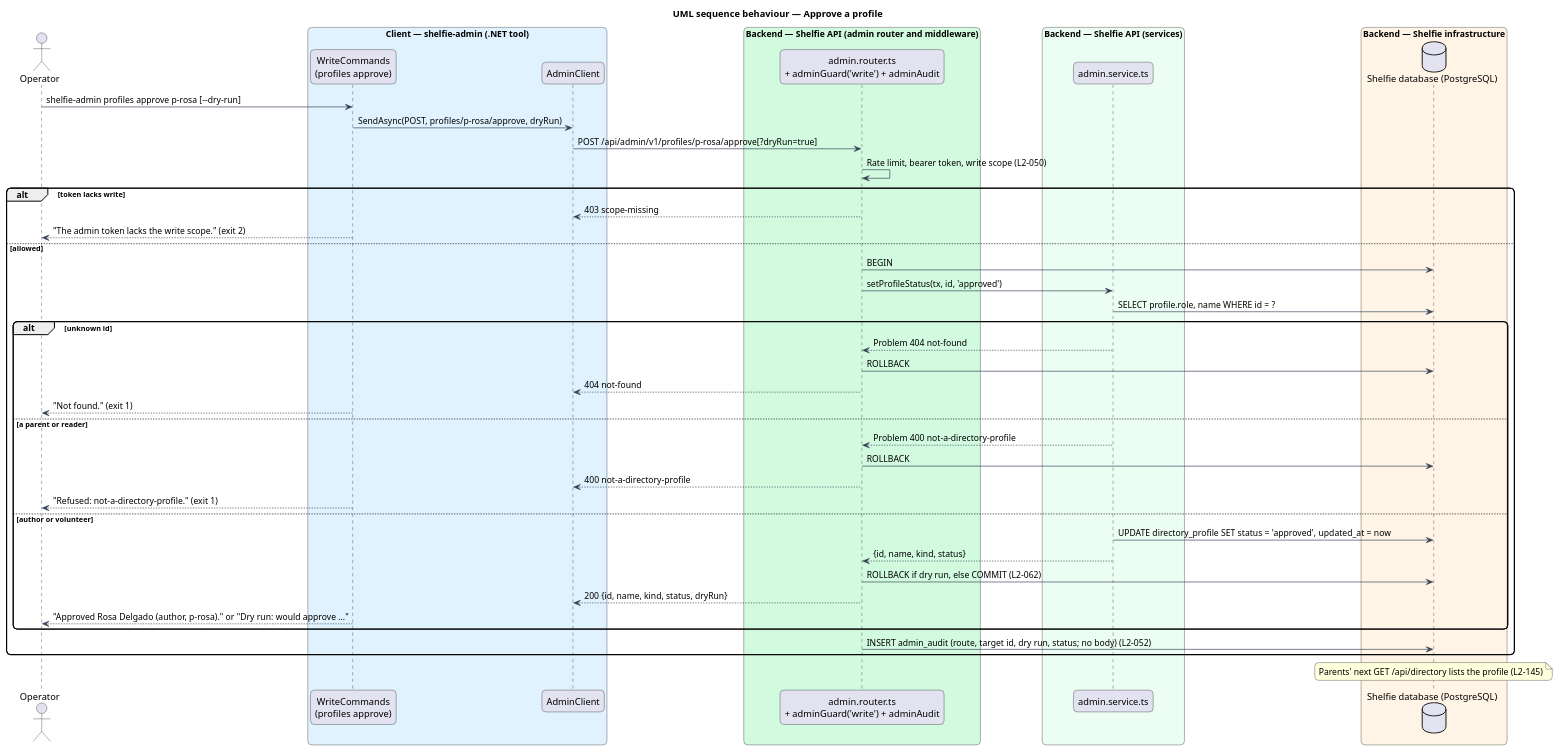
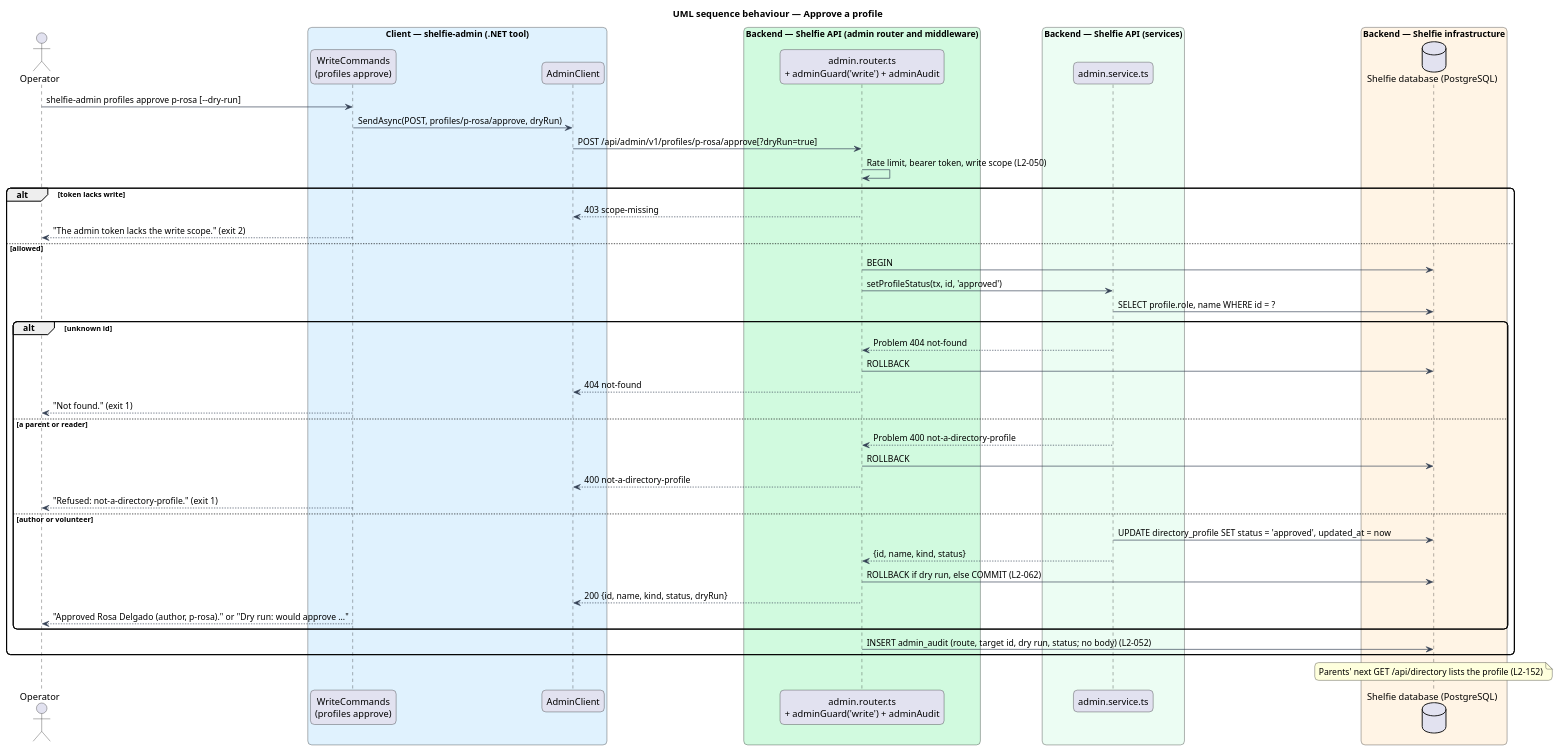
Before and after one commit to QuinntyneBrown/shelfie: the diagram in docs/detailed-designs/admin-cli/approve-profiles/diagrams/sequence-approve-profile.puml, drawn with PlantUML. The commit also changed 125 other files, not shown here.

```diff
--- a/docs/detailed-designs/admin-cli/approve-profiles/diagrams/sequence-approve-profile.puml
+++ b/docs/detailed-designs/admin-cli/approve-profiles/diagrams/sequence-approve-profile.puml
@@ -1,54 +1,54 @@
 @startuml
 title UML sequence behaviour — Approve a profile
 skinparam backgroundColor #FFFFFF
 skinparam shadowing false
 skinparam roundcorner 12
 skinparam defaultFontName Arial
 skinparam ArrowColor #344054
 actor "Operator" as operator
 box "Client — shelfie-admin (.NET tool)" #E0F2FE
   participant "WriteCommands\n(profiles approve)" as cmd
   participant "AdminClient" as client
 end box
 box "Backend — Shelfie API (admin router and middleware)" #D1FADF
   participant "admin.router.ts\n+ adminGuard('write') + adminAudit" as router
 end box
 box "Backend — Shelfie API (services)" #ECFDF3
   participant "admin.service.ts" as service
 end box
 box "Backend — Shelfie infrastructure" #FFF4E5
   database "Shelfie database (PostgreSQL)" as db
 end box
 
 operator -> cmd : shelfie-admin profiles approve p-rosa [--dry-run]
 cmd -> client : SendAsync(POST, profiles/p-rosa/approve, dryRun)
 client -> router : POST /api/admin/v1/profiles/p-rosa/approve[?dryRun=true]
 router -> router : Rate limit, bearer token, write scope (L2-050)
 alt token lacks write
   router --> client : 403 scope-missing
   cmd --> operator : "The admin token lacks the write scope." (exit 2)
 else allowed
   router -> db : BEGIN
   router -> service : setProfileStatus(tx, id, 'approved')
   service -> db : SELECT profile.role, name WHERE id = ?
   alt unknown id
     service --> router : Problem 404 not-found
     router -> db : ROLLBACK
     router --> client : 404 not-found
     cmd --> operator : "Not found." (exit 1)
   else a parent or reader
     service --> router : Problem 400 not-a-directory-profile
     router -> db : ROLLBACK
     router --> client : 400 not-a-directory-profile
     cmd --> operator : "Refused: not-a-directory-profile." (exit 1)
   else author or volunteer
     service -> db : UPDATE directory_profile SET status = 'approved', updated_at = now
     service --> router : {id, name, kind, status}
     router -> db : ROLLBACK if dry run, else COMMIT (L2-062)
     router --> client : 200 {id, name, kind, status, dryRun}
     cmd --> operator : "Approved Rosa Delgado (author, p-rosa)." or "Dry run: would approve …"
   end
   router -> db : INSERT admin_audit (route, target id, dry run, status; no body) (L2-052)
 end
-note over db : Parents' next GET /api/directory lists the profile (L2-145)
+note over db : Parents' next GET /api/directory lists the profile (L2-152)
 @enduml
```
